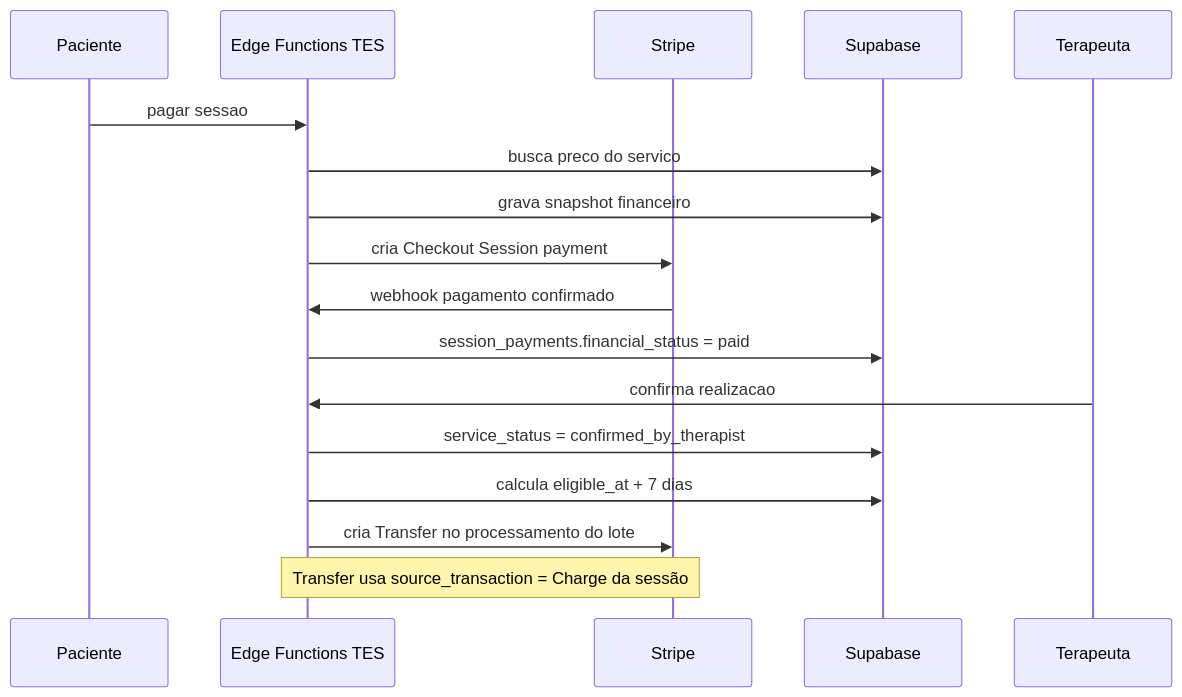
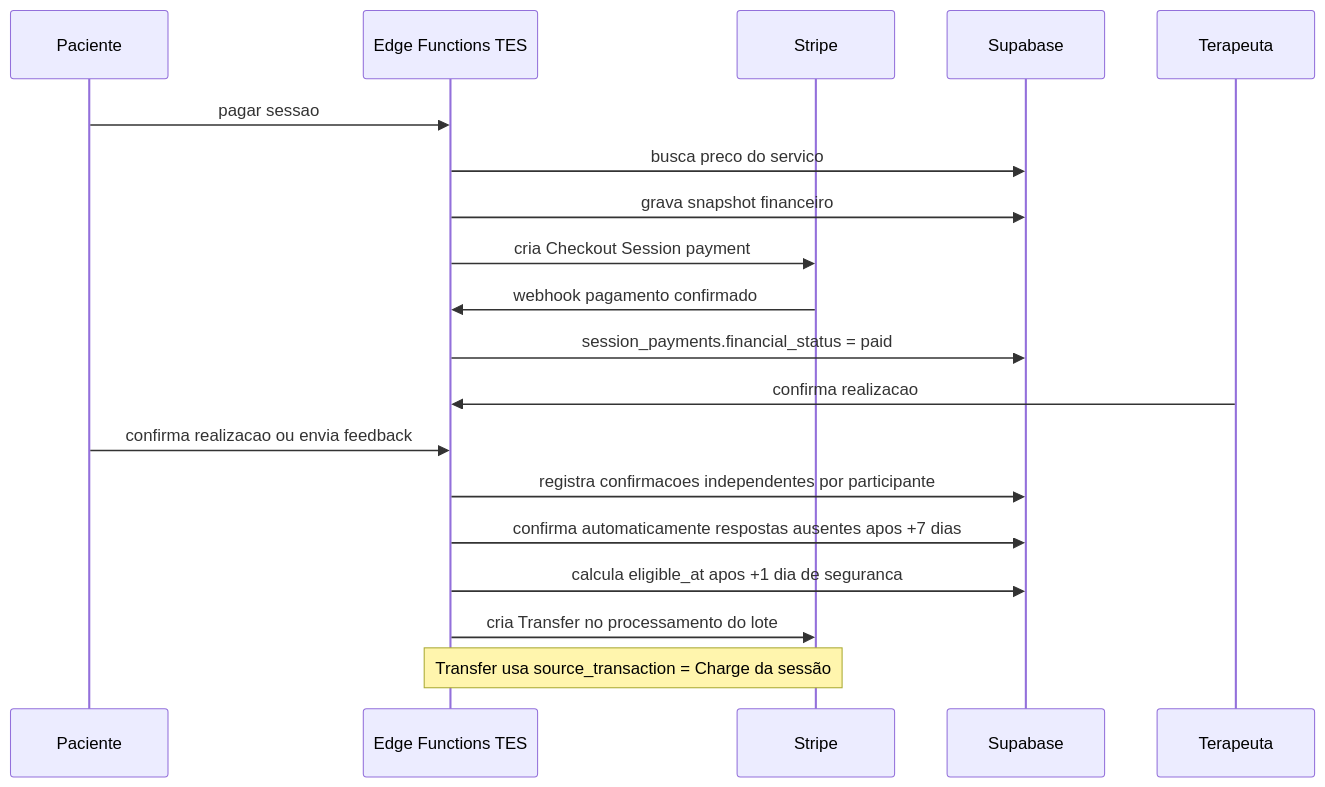
Before and after one commit to projetos-eba/terapeuta-eu-sou: the second of 2 diagrams in docs/payments/architecture.md, drawn with Mermaid. The commit also changed other lines of this file and 86 other files, not shown here.

````diff
--- a/docs/payments/architecture.md
+++ b/docs/payments/architecture.md
@@ -145,20 +171,22 @@
 ```mermaid
 sequenceDiagram
   participant P as Paciente
   participant TES as Edge Functions TES
   participant S as Stripe
   participant DB as Supabase
   participant T as Terapeuta
 
   P->>TES: pagar sessao
   TES->>DB: busca preco do servico
   TES->>DB: grava snapshot financeiro
   TES->>S: cria Checkout Session payment
   S->>TES: webhook pagamento confirmado
   TES->>DB: session_payments.financial_status = paid
   T->>TES: confirma realizacao
-  TES->>DB: service_status = confirmed_by_therapist
-  TES->>DB: calcula eligible_at + 7 dias
+  P->>TES: confirma realizacao ou envia feedback
+  TES->>DB: registra confirmacoes independentes por participante
+  TES->>DB: confirma automaticamente respostas ausentes apos +7 dias
+  TES->>DB: calcula eligible_at apos +1 dia de seguranca
   TES->>S: cria Transfer no processamento do lote
   Note over TES,S: Transfer usa source_transaction = Charge da sessão
 ```
````
